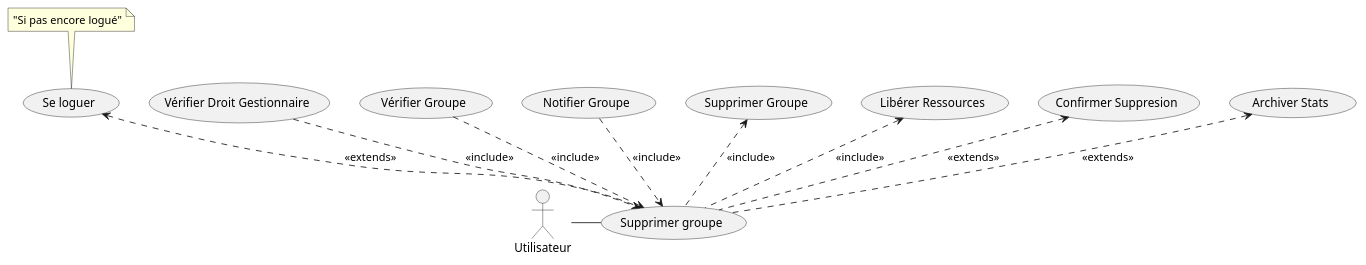
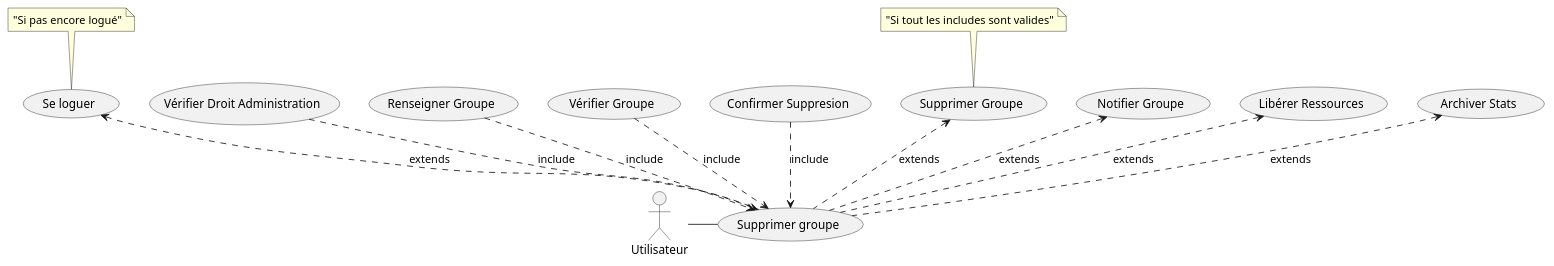
The diagram in docs/use_cases/SupprimerGroupe.puml (clementfvrl/projet_linux), drawn with PlantUML before and after one commit. The commit also changed 7 other files, not shown here.

```diff
--- a/docs/use_cases/SupprimerGroupe.puml
+++ b/docs/use_cases/SupprimerGroupe.puml
@@ -1,16 +1,18 @@
 @startuml
 actor Utilisateur as User
 top to bottom direction
 usecase (Supprimer groupe) as create
 :User: -right- create
-(Se loguer) <.. create : << extends >> 
+(Se loguer) <.. create :  extends  
 note top of  (Se loguer) : "Si pas encore logué"
-(Vérifier Droit Gestionnaire) ..> create : <<include >>
-(Vérifier Groupe) ..> create : << include >>
-(Notifier Groupe) ..> create : << include >>
-(Supprimer Groupe) <.. create : << include >>
-(Libérer Ressources) <.. create : << include >>
-(Confirmer Suppresion) <.. create : << extends >>
-(Archiver Stats) <.. create : << extends >>
+(Vérifier Droit Administration) ..> create : include 
+(Renseigner Groupe) ..> create :  include
+(Vérifier Groupe) ..> create :  include 
+(Confirmer Suppresion) ..> create :  include 
+(Supprimer Groupe) <.. create :  extends 
+note top of  (Supprimer Groupe) : "Si tout les includes sont valides" 
+(Notifier Groupe) <.. create :  extends 
+(Libérer Ressources) <.. create :  extends 
+(Archiver Stats) <.. create :  extends 
 
 @enduml
```
